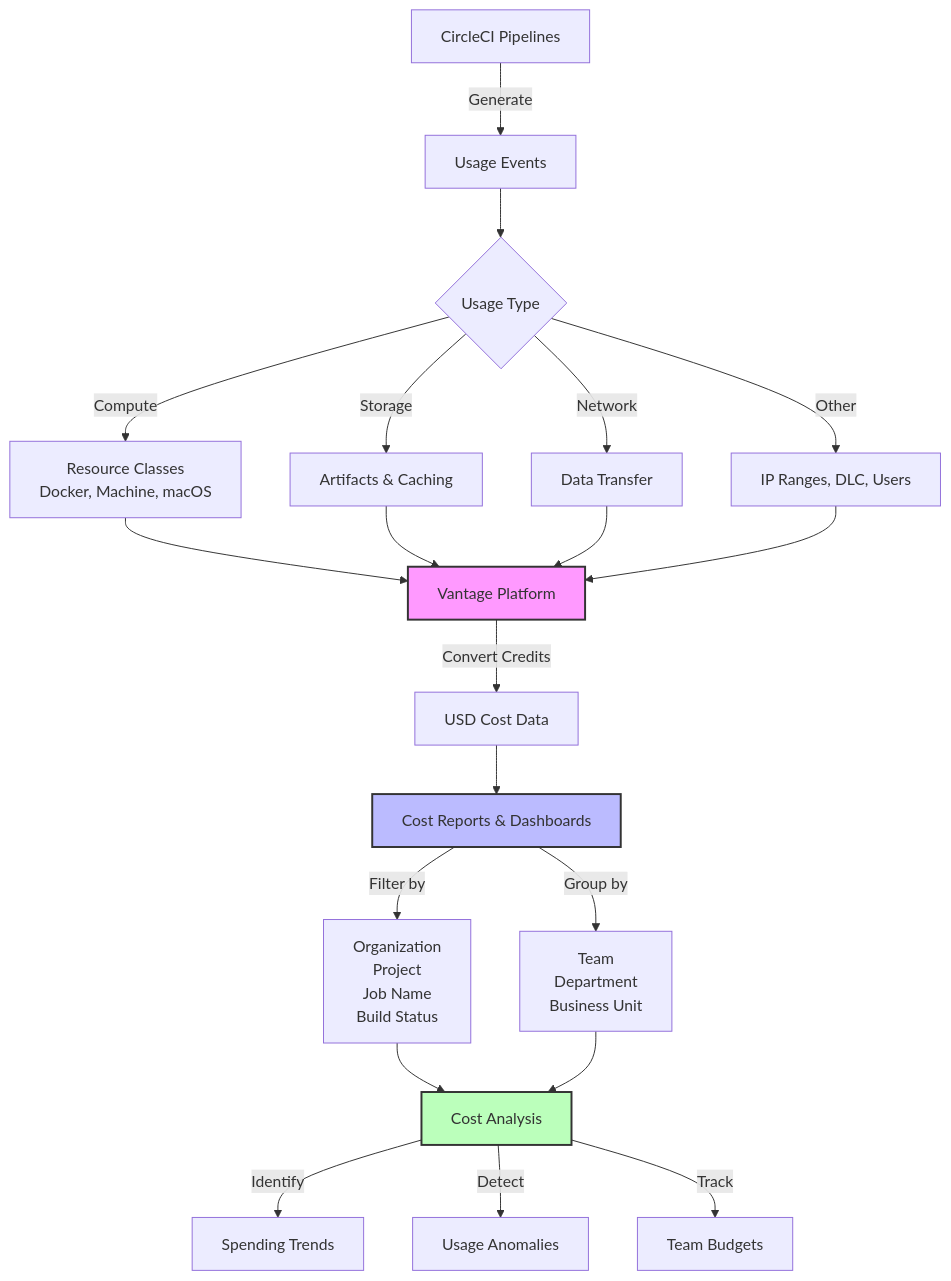
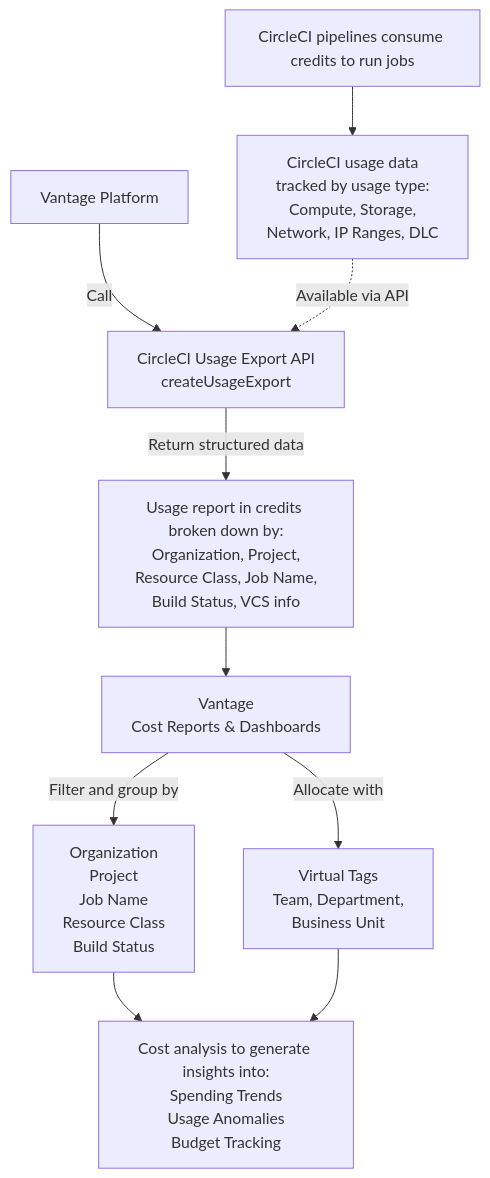
Before and after one commit to circleci/circleci-docs: the diagram in docs/guides/modules/plans-pricing/pages/integrate-with-vantage-for-cost-management.adoc, drawn with Mermaid. The commit also changed other lines of this file and 2 other files, not shown here.

Commit message:
refinement of steps to get set up with Vantage and CircleCI

```diff
--- a/docs/guides/modules/plans-pricing/pages/integrate-with-vantage-for-cost-management.adoc
+++ b/docs/guides/modules/plans-pricing/pages/integrate-with-vantage-for-cost-management.adoc
@@ -26,32 +26,18 @@
 [mermaid]
 ----
 flowchart TD
-    A[CircleCI Pipelines] -->|Generate| B[Usage Events]
-    B --> C{Usage Type}
-    C -->|Compute| D[Resource Classes<br/>Docker, Machine, macOS]
-    C -->|Storage| E[Artifacts & Caching]
-    C -->|Network| F[Data Transfer]
-    C -->|Other| G[IP Ranges, DLC, Users]
+    A[CircleCI pipelines consume credits to run jobs] --> D[CircleCI usage data<br/>tracked by usage type:<br/>Compute, Storage,<br/>Network, IP Ranges, DLC]
 
-    D --> H[Vantage Platform]
-    E --> H
-    F --> H
-    G --> H
+    E[Vantage Platform] -->|Call| G[CircleCI Usage Export API<br/>createUsageExport]
 
-    H -->|Convert Credits| I[USD Cost Data]
-    I --> J[Cost Reports & Dashboards]
+    D -.->|Available via API| G
 
-    J -->|Filter by| K[Organization<br/>Project<br/>Job Name<br/>Build Status]
-    J -->|Group by| L[Team<br/>Department<br/>Business Unit]
+    G -->|Return structured data| I[Usage report in credits broken down by:<br/>Organization, Project,<br/>Resource Class, Job Name,<br/>Build Status, VCS info]
 
-    K --> M[Cost Analysis]
-    L --> M
+    I --> J[Vantage<br/>Cost Reports & Dashboards]
 
-    M -->|Identify| N[Spending Trends]
-    M -->|Detect| O[Usage Anomalies]
-    M -->|Track| P[Team Budgets]
-
-    style H fill:#f9f,stroke:#333,stroke-width:2px
-    style J fill:#bbf,stroke:#333,stroke-width:2px
-    style M fill:#bfb,stroke:#333,stroke-width:2px
+    J -->|Filter and group by| N[Organization<br/>Project<br/>Job Name<br/>Resource Class<br/>Build Status]
+    J -->|Allocate with| O[Virtual Tags<br/>Team, Department,<br/>Business Unit]
+    N --> P[Cost analysis to generate insights into:<br/>Spending Trends<br/>Usage Anomalies<br/>Budget Tracking]
+    O --> P
 ----
```
